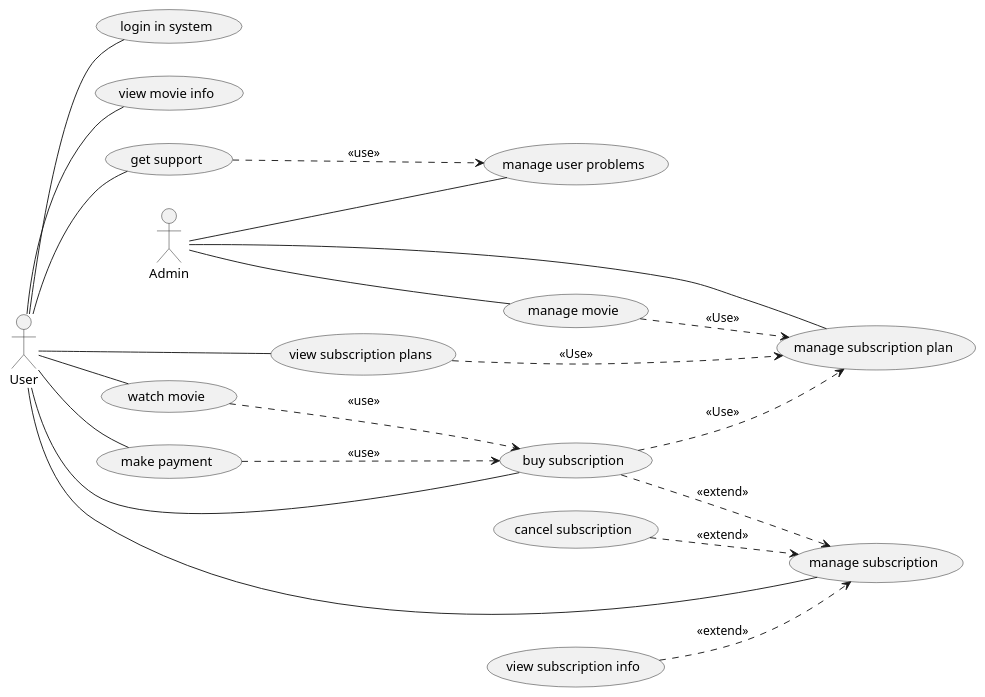
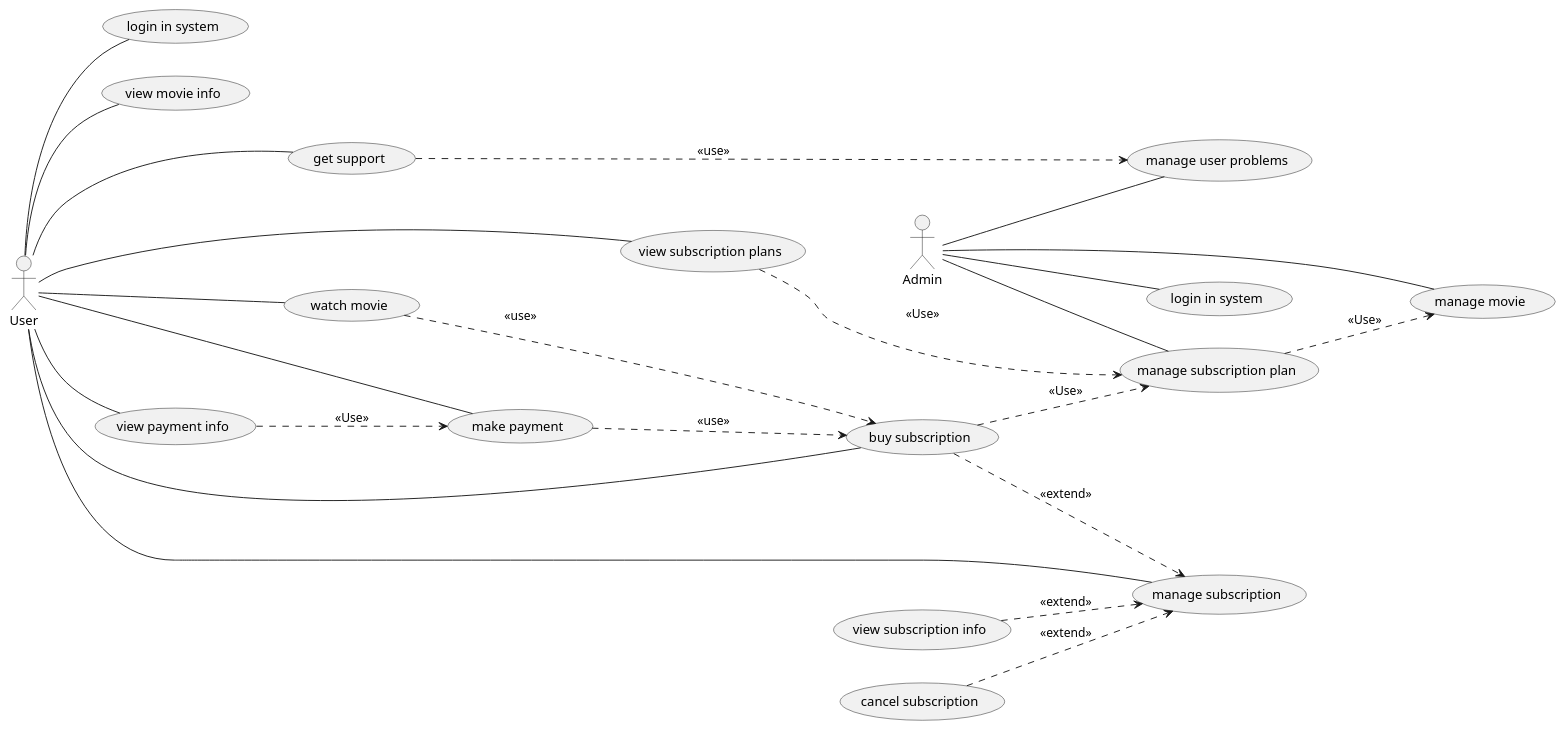
The diagram in lab2/plan-uml.puml (StudentPP1/KPI), drawn with PlantUML before and after one commit.

Commit message:
chore: update planuml

```diff
--- a/lab2/plan-uml.puml
+++ b/lab2/plan-uml.puml
@@ -1,50 +1,55 @@
 @startuml
 left to right direction
 
 actor User
 actor Admin
 
-' --- Use cases (з alias) ---
+' --- Use cases ---
 usecase "login in system"            as UC_Login
 usecase "view movie info"            as VMInfo
 usecase "get support"                as Support
 usecase "watch movie"                as Watch
 usecase "make payment"               as Pay
+usecase "view payment info"          as PayInfo
 usecase "manage subscription"        as ManageSub
 usecase "view subscription info"     as VSubInfo
 usecase "cancel subscription"        as CancelSub
 usecase "buy subscription"           as BuySub
 usecase "view subscription plans"    as ViewPlans
 
+usecase "login in system"       as UC_AdminLogin
 usecase "manage user problems"       as ManageProblems
 usecase "manage movie"               as ManageMovie
 usecase "manage subscription plan"   as ManagePlan
 
 ' --- Associations ---
 User  -- UC_Login
 User  -- VMInfo
 User  -- Support
 User  -- Watch
 User  -- Pay
+User  -- PayInfo
 User  -- ManageSub
 User  -- BuySub
 User  -- ViewPlans
 
+Admin -- UC_AdminLogin
 Admin -- ManageProblems
 Admin -- ManageMovie
 Admin -- ManagePlan
 
 ' --- <<extend>> ---
 VSubInfo   ..> ManageSub : <<extend>>
 CancelSub  ..> ManageSub : <<extend>>
 BuySub     ..> ManageSub : <<extend>>
 
 ' --- <<Use>> ---
 Support    ..> ManageProblems : <<use>>
 Watch      ..> BuySub         : <<use>>
 Pay        ..> BuySub         : <<use>>
 ViewPlans  ..> ManagePlan     : <<Use>>
 BuySub     ..> ManagePlan     : <<Use>>
-ManageMovie ..> ManagePlan    : <<Use>>
+ManagePlan ..> ManageMovie    : <<Use>>
+PayInfo ..> Pay               : <<Use>>
 
 @enduml
```
